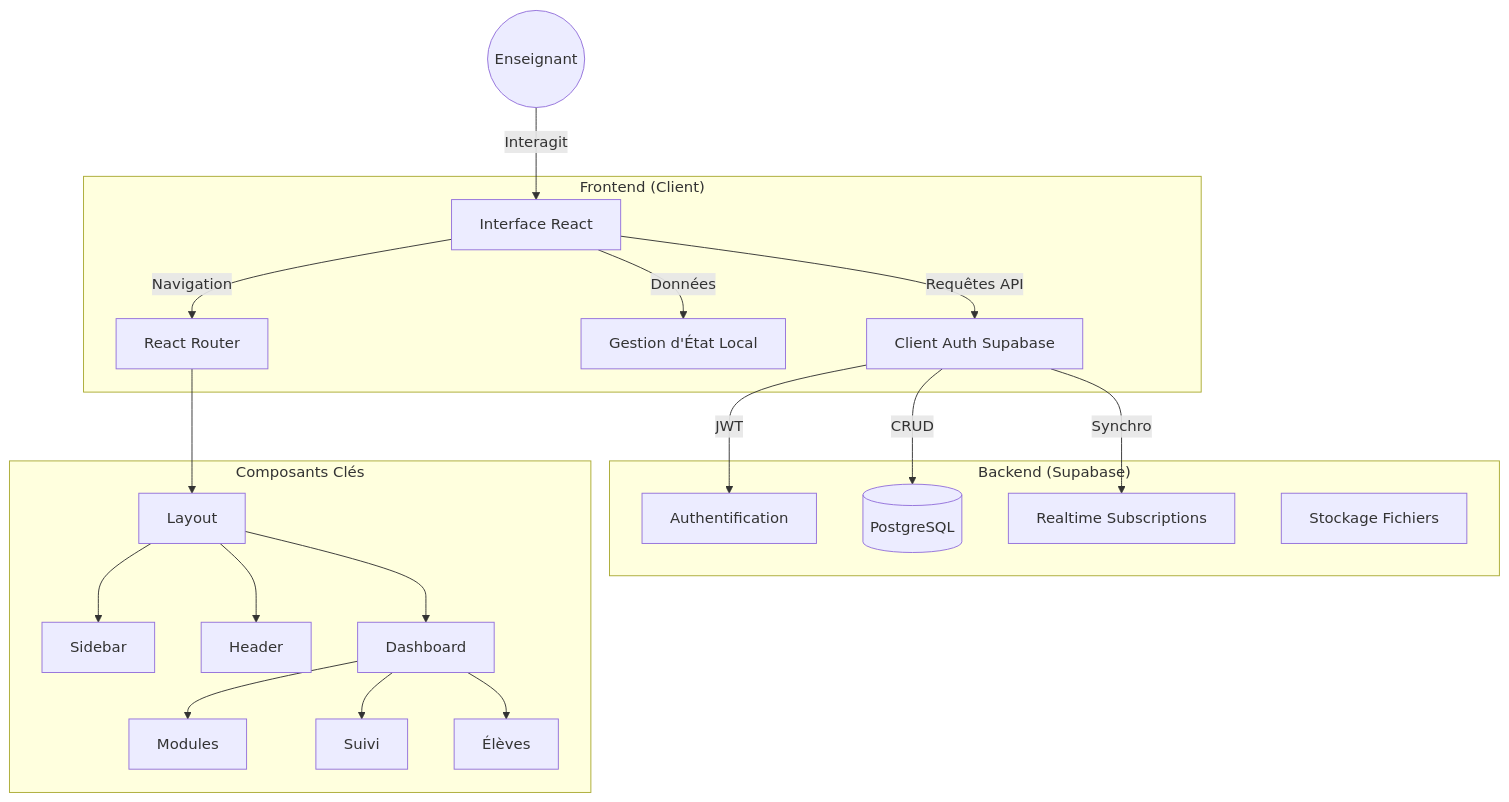
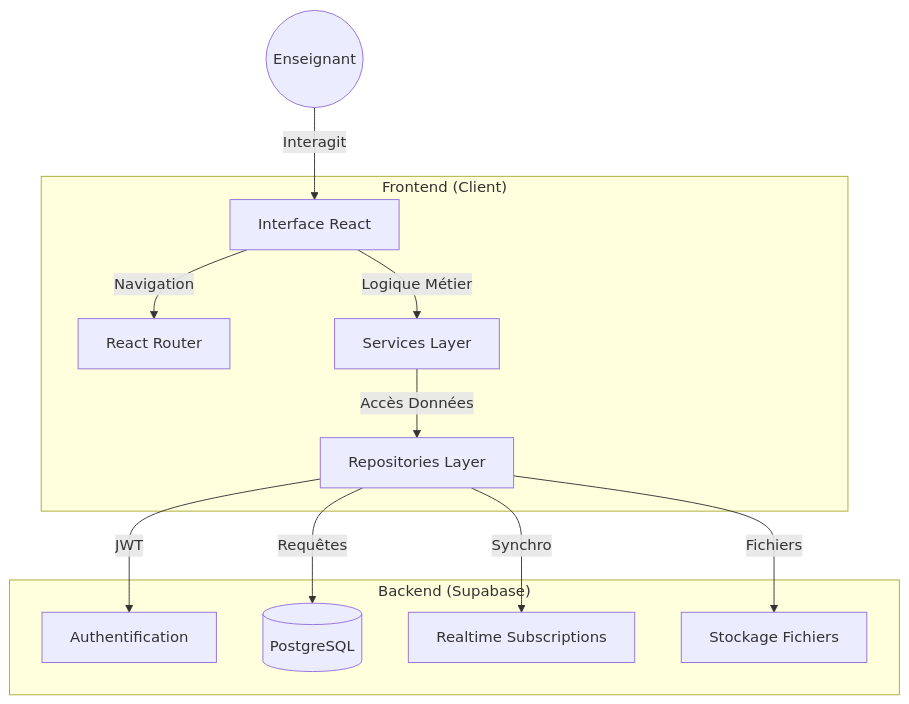
One commit to classecedric-spec/gestion-de-classe changed the diagram in ARCHITECTURE.md. Above: the diagram before and after it, drawn with Mermaid. The commit also changed other lines of this file and 396 other files, not shown here.

````diff
--- a/ARCHITECTURE.md
+++ b/ARCHITECTURE.md
@@ -9,38 +9,27 @@
 ```mermaid
 graph TD
     User((Enseignant))
     
     subgraph "Frontend (Client)"
         UI[Interface React]
         Router[React Router]
-        State[Gestion d'État Local]
-        AuthLib[Client Auth Supabase]
+        Services[Services Layer]
+        Repos[Repositories Layer]
     end
     
     subgraph "Backend (Supabase)"
         Auth[Authentification]
         DB[(PostgreSQL)]
         Realtime[Realtime Subscriptions]
         Storage[Stockage Fichiers]
     end
 
     User -->|Interagit| UI
     UI -->|Navigation| Router
-    UI -->|Données| State
-    
-    UI -->|Requêtes API| AuthLib
-    AuthLib -->|JWT| Auth
-    AuthLib -->|CRUD| DB
-    AuthLib -->|Synchro| Realtime
-    
-    subgraph "Composants Clés"
-        Layout --> Sidebar
-        Layout --> Header
-        Dashboard --> Modules
-        Dashboard --> Suivi
-        Dashboard --> Élèves
-    end
-    
-    Router --> Layout
-    Layout --> Dashboard
+    UI -->|Logique Métier| Services
+    Services -->|Accès Données| Repos
+    Repos -->|Requêtes| DB
+    Repos -->|JWT| Auth
+    Repos -->|Synchro| Realtime
+    Repos -->|Fichiers| Storage
 ```
````
